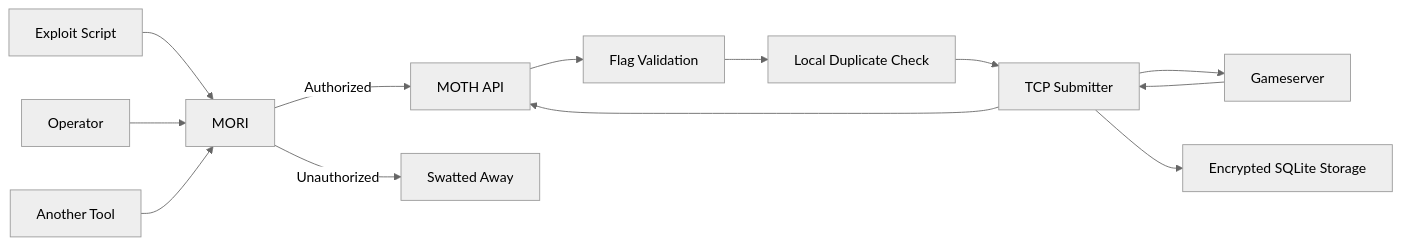
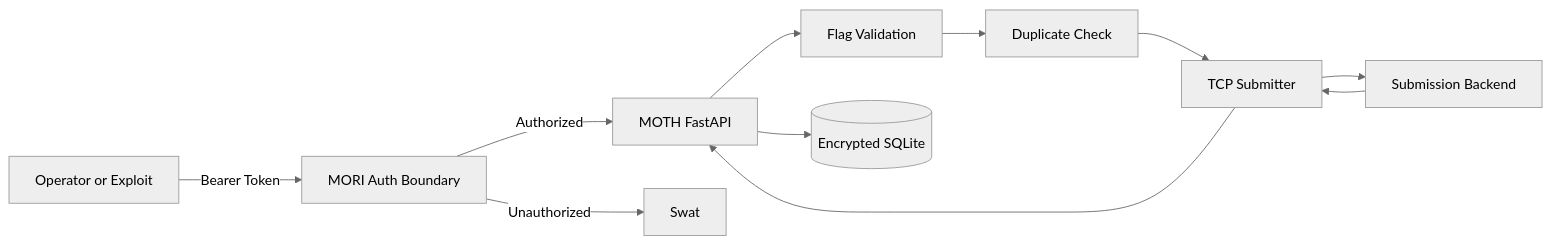
One commit to Denis-Krueger-labs/MOTH changed the first of 4 diagrams in README.md. Above: the diagram before and after it, drawn with Mermaid (neutral theme). The commit also changed other lines of this file and 1 other file, not shown here.

Commit message:
mori opened the internal operations binder

````diff
--- a/README.md
+++ b/README.md
@@ -110,18 +99,25 @@
 ```mermaid
 flowchart LR
-    A[Exploit Script] --> M[MORI]
-    B[Operator] --> M
-    C[Another Tool] --> M
+    CLIENT[Operator or Exploit]
 
-    M -->|Authorized| API[MOTH API]
-    M -->|Unauthorized| SWAT[Swatted Away]
+    MORI[MORI Auth Boundary]
+    API[MOTH FastAPI]
+    VALIDATE[Flag Validation]
+    DEDUP[Duplicate Check]
+    SUBMIT[TCP Submitter]
+    BACKEND[Submission Backend]
+    DB[(Encrypted SQLite)]
 
-    API --> V[Flag Validation]
-    V --> D[Local Duplicate Check]
-    D --> S[TCP Submitter]
-    S --> G[Gameserver]
+    CLIENT -->|Bearer Token| MORI
+    MORI -->|Authorized| API
+    MORI -->|Unauthorized| SWAT[Swat]
 
-    G --> S
-    S --> E[Encrypted SQLite Storage]
-    S --> API
+    API --> VALIDATE
+    VALIDATE --> DEDUP
+    DEDUP --> SUBMIT
+    SUBMIT --> BACKEND
+
+    BACKEND --> SUBMIT
+    SUBMIT --> API
+    API --> DB
 ```
````
